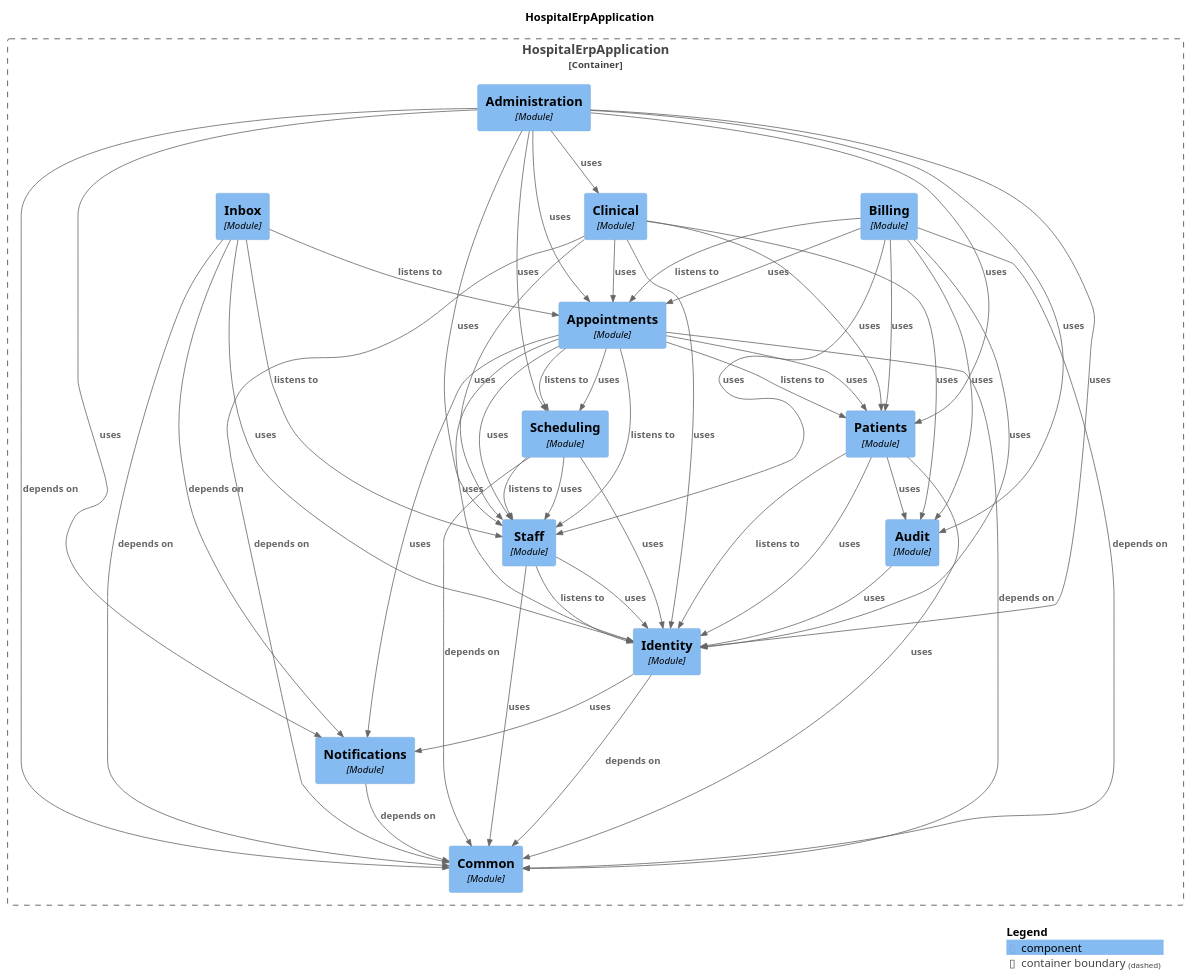
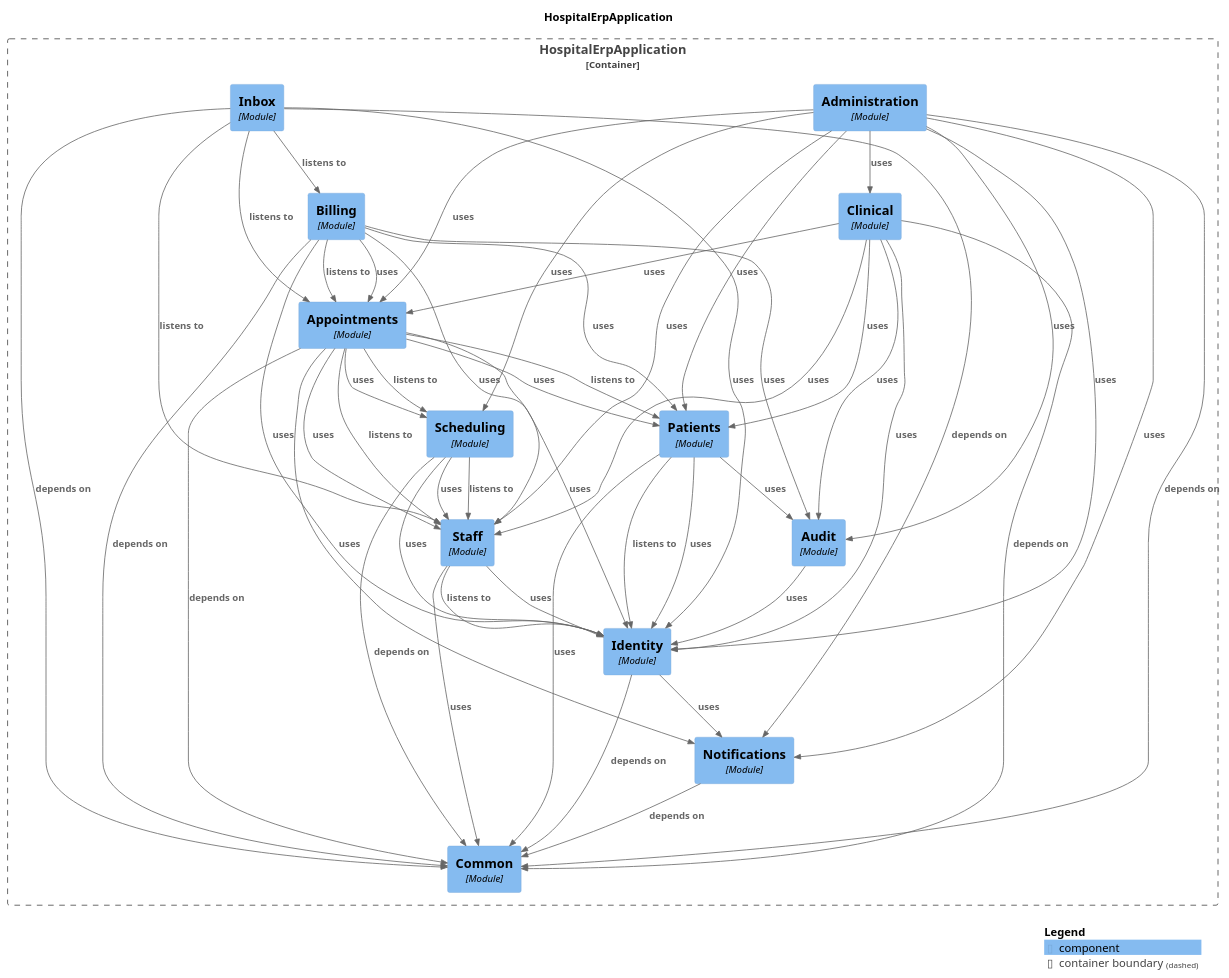
The diagram in docs/modules/components.puml (harshsharma5720/HospitalERP), drawn with PlantUML before and after one commit. The commit also changed 26 other files, not shown here.

```diff
--- a/docs/modules/components.puml
+++ b/docs/modules/components.puml
@@ -12,8 +12,8 @@
   Component(HospitalErpApplication.HospitalErpApplication.Appointments, "Appointments", $techn="Module", $descr="", $tags="", $link="")
   Component(HospitalErpApplication.HospitalErpApplication.Billing, "Billing", $techn="Module", $descr="", $tags="", $link="")
   Component(HospitalErpApplication.HospitalErpApplication.Clinical, "Clinical", $techn="Module", $descr="", $tags="", $link="")
+  Component(HospitalErpApplication.HospitalErpApplication.Administration, "Administration", $techn="Module", $descr="", $tags="", $link="")
   Component(HospitalErpApplication.HospitalErpApplication.Inbox, "Inbox", $techn="Module", $descr="", $tags="", $link="")
-  Component(HospitalErpApplication.HospitalErpApplication.Administration, "Administration", $techn="Module", $descr="", $tags="", $link="")
   Component(HospitalErpApplication.HospitalErpApplication.Common, "Common", $techn="Module", $descr="", $tags="", $link="")
   Component(HospitalErpApplication.HospitalErpApplication.Notifications, "Notifications", $techn="Module", $descr="", $tags="", $link="")
   Component(HospitalErpApplication.HospitalErpApplication.Identity, "Identity", $techn="Module", $descr="", $tags="", $link="")
@@ -23,7 +23,37 @@
   Component(HospitalErpApplication.HospitalErpApplication.Scheduling, "Scheduling", $techn="Module", $descr="", $tags="", $link="")
 }
 
-Rel(HospitalErpApplication.HospitalErpApplication.Patients, HospitalErpApplication.HospitalErpApplication.Audit, "uses", $techn="", $tags="", $link="")
+Rel(HospitalErpApplication.HospitalErpApplication.Clinical, HospitalErpApplication.HospitalErpApplication.Patients, "uses", $techn="", $tags="", $link="")
+Rel(HospitalErpApplication.HospitalErpApplication.Clinical, HospitalErpApplication.HospitalErpApplication.Identity, "uses", $techn="", $tags="", $link="")
+Rel(HospitalErpApplication.HospitalErpApplication.Clinical, HospitalErpApplication.HospitalErpApplication.Audit, "uses", $techn="", $tags="", $link="")
+Rel(HospitalErpApplication.HospitalErpApplication.Notifications, HospitalErpApplication.HospitalErpApplication.Common, "depends on", $techn="", $tags="", $link="")
+Rel(HospitalErpApplication.HospitalErpApplication.Staff, HospitalErpApplication.HospitalErpApplication.Identity, "listens to", $techn="", $tags="", $link="")
+Rel(HospitalErpApplication.HospitalErpApplication.Staff, HospitalErpApplication.HospitalErpApplication.Identity, "uses", $techn="", $tags="", $link="")
+Rel(HospitalErpApplication.HospitalErpApplication.Staff, HospitalErpApplication.HospitalErpApplication.Common, "uses", $techn="", $tags="", $link="")
+Rel(HospitalErpApplication.HospitalErpApplication.Billing, HospitalErpApplication.HospitalErpApplication.Appointments, "listens to", $techn="", $tags="", $link="")
+Rel(HospitalErpApplication.HospitalErpApplication.Billing, HospitalErpApplication.HospitalErpApplication.Common, "depends on", $techn="", $tags="", $link="")
+Rel(HospitalErpApplication.HospitalErpApplication.Billing, HospitalErpApplication.HospitalErpApplication.Identity, "uses", $techn="", $tags="", $link="")
+Rel(HospitalErpApplication.HospitalErpApplication.Billing, HospitalErpApplication.HospitalErpApplication.Patients, "uses", $techn="", $tags="", $link="")
+Rel(HospitalErpApplication.HospitalErpApplication.Billing, HospitalErpApplication.HospitalErpApplication.Appointments, "uses", $techn="", $tags="", $link="")
+Rel(HospitalErpApplication.HospitalErpApplication.Billing, HospitalErpApplication.HospitalErpApplication.Audit, "uses", $techn="", $tags="", $link="")
+Rel(HospitalErpApplication.HospitalErpApplication.Billing, HospitalErpApplication.HospitalErpApplication.Staff, "uses", $techn="", $tags="", $link="")
+Rel(HospitalErpApplication.HospitalErpApplication.Inbox, HospitalErpApplication.HospitalErpApplication.Billing, "listens to", $techn="", $tags="", $link="")
+Rel(HospitalErpApplication.HospitalErpApplication.Inbox, HospitalErpApplication.HospitalErpApplication.Staff, "listens to", $techn="", $tags="", $link="")
+Rel(HospitalErpApplication.HospitalErpApplication.Inbox, HospitalErpApplication.HospitalErpApplication.Appointments, "listens to", $techn="", $tags="", $link="")
+Rel(HospitalErpApplication.HospitalErpApplication.Inbox, HospitalErpApplication.HospitalErpApplication.Common, "depends on", $techn="", $tags="", $link="")
+Rel(HospitalErpApplication.HospitalErpApplication.Inbox, HospitalErpApplication.HospitalErpApplication.Notifications, "depends on", $techn="", $tags="", $link="")
+Rel(HospitalErpApplication.HospitalErpApplication.Inbox, HospitalErpApplication.HospitalErpApplication.Identity, "uses", $techn="", $tags="", $link="")
+Rel(HospitalErpApplication.HospitalErpApplication.Administration, HospitalErpApplication.HospitalErpApplication.Common, "depends on", $techn="", $tags="", $link="")
+Rel(HospitalErpApplication.HospitalErpApplication.Administration, HospitalErpApplication.HospitalErpApplication.Identity, "uses", $techn="", $tags="", $link="")
+Rel(HospitalErpApplication.HospitalErpApplication.Administration, HospitalErpApplication.HospitalErpApplication.Patients, "uses", $techn="", $tags="", $link="")
+Rel(HospitalErpApplication.HospitalErpApplication.Administration, HospitalErpApplication.HospitalErpApplication.Staff, "uses", $techn="", $tags="", $link="")
+Rel(HospitalErpApplication.HospitalErpApplication.Administration, HospitalErpApplication.HospitalErpApplication.Audit, "uses", $techn="", $tags="", $link="")
+Rel(HospitalErpApplication.HospitalErpApplication.Administration, HospitalErpApplication.HospitalErpApplication.Appointments, "uses", $techn="", $tags="", $link="")
+Rel(HospitalErpApplication.HospitalErpApplication.Administration, HospitalErpApplication.HospitalErpApplication.Notifications, "uses", $techn="", $tags="", $link="")
+Rel(HospitalErpApplication.HospitalErpApplication.Administration, HospitalErpApplication.HospitalErpApplication.Clinical, "uses", $techn="", $tags="", $link="")
+Rel(HospitalErpApplication.HospitalErpApplication.Administration, HospitalErpApplication.HospitalErpApplication.Scheduling, "uses", $techn="", $tags="", $link="")
+Rel(HospitalErpApplication.HospitalErpApplication.Identity, HospitalErpApplication.HospitalErpApplication.Common, "depends on", $techn="", $tags="", $link="")
+Rel(HospitalErpApplication.HospitalErpApplication.Identity, HospitalErpApplication.HospitalErpApplication.Notifications, "uses", $techn="", $tags="", $link="")
 Rel(HospitalErpApplication.HospitalErpApplication.Appointments, HospitalErpApplication.HospitalErpApplication.Staff, "listens to", $techn="", $tags="", $link="")
 Rel(HospitalErpApplication.HospitalErpApplication.Appointments, HospitalErpApplication.HospitalErpApplication.Patients, "listens to", $techn="", $tags="", $link="")
 Rel(HospitalErpApplication.HospitalErpApplication.Appointments, HospitalErpApplication.HospitalErpApplication.Scheduling, "listens to", $techn="", $tags="", $link="")
@@ -33,47 +63,18 @@
 Rel(HospitalErpApplication.HospitalErpApplication.Appointments, HospitalErpApplication.HospitalErpApplication.Scheduling, "uses", $techn="", $tags="", $link="")
 Rel(HospitalErpApplication.HospitalErpApplication.Appointments, HospitalErpApplication.HospitalErpApplication.Identity, "uses", $techn="", $tags="", $link="")
 Rel(HospitalErpApplication.HospitalErpApplication.Appointments, HospitalErpApplication.HospitalErpApplication.Notifications, "uses", $techn="", $tags="", $link="")
-Rel(HospitalErpApplication.HospitalErpApplication.Identity, HospitalErpApplication.HospitalErpApplication.Common, "depends on", $techn="", $tags="", $link="")
-Rel(HospitalErpApplication.HospitalErpApplication.Identity, HospitalErpApplication.HospitalErpApplication.Notifications, "uses", $techn="", $tags="", $link="")
+Rel(HospitalErpApplication.HospitalErpApplication.Patients, HospitalErpApplication.HospitalErpApplication.Identity, "listens to", $techn="", $tags="", $link="")
+Rel(HospitalErpApplication.HospitalErpApplication.Patients, HospitalErpApplication.HospitalErpApplication.Identity, "uses", $techn="", $tags="", $link="")
+Rel(HospitalErpApplication.HospitalErpApplication.Patients, HospitalErpApplication.HospitalErpApplication.Common, "uses", $techn="", $tags="", $link="")
+Rel(HospitalErpApplication.HospitalErpApplication.Patients, HospitalErpApplication.HospitalErpApplication.Audit, "uses", $techn="", $tags="", $link="")
 Rel(HospitalErpApplication.HospitalErpApplication.Scheduling, HospitalErpApplication.HospitalErpApplication.Staff, "listens to", $techn="", $tags="", $link="")
 Rel(HospitalErpApplication.HospitalErpApplication.Scheduling, HospitalErpApplication.HospitalErpApplication.Common, "depends on", $techn="", $tags="", $link="")
 Rel(HospitalErpApplication.HospitalErpApplication.Scheduling, HospitalErpApplication.HospitalErpApplication.Staff, "uses", $techn="", $tags="", $link="")
 Rel(HospitalErpApplication.HospitalErpApplication.Scheduling, HospitalErpApplication.HospitalErpApplication.Identity, "uses", $techn="", $tags="", $link="")
-Rel(HospitalErpApplication.HospitalErpApplication.Administration, HospitalErpApplication.HospitalErpApplication.Common, "depends on", $techn="", $tags="", $link="")
-Rel(HospitalErpApplication.HospitalErpApplication.Administration, HospitalErpApplication.HospitalErpApplication.Identity, "uses", $techn="", $tags="", $link="")
-Rel(HospitalErpApplication.HospitalErpApplication.Administration, HospitalErpApplication.HospitalErpApplication.Patients, "uses", $techn="", $tags="", $link="")
-Rel(HospitalErpApplication.HospitalErpApplication.Administration, HospitalErpApplication.HospitalErpApplication.Staff, "uses", $techn="", $tags="", $link="")
-Rel(HospitalErpApplication.HospitalErpApplication.Administration, HospitalErpApplication.HospitalErpApplication.Audit, "uses", $techn="", $tags="", $link="")
-Rel(HospitalErpApplication.HospitalErpApplication.Administration, HospitalErpApplication.HospitalErpApplication.Appointments, "uses", $techn="", $tags="", $link="")
-Rel(HospitalErpApplication.HospitalErpApplication.Administration, HospitalErpApplication.HospitalErpApplication.Notifications, "uses", $techn="", $tags="", $link="")
-Rel(HospitalErpApplication.HospitalErpApplication.Administration, HospitalErpApplication.HospitalErpApplication.Clinical, "uses", $techn="", $tags="", $link="")
-Rel(HospitalErpApplication.HospitalErpApplication.Administration, HospitalErpApplication.HospitalErpApplication.Scheduling, "uses", $techn="", $tags="", $link="")
-Rel(HospitalErpApplication.HospitalErpApplication.Billing, HospitalErpApplication.HospitalErpApplication.Appointments, "listens to", $techn="", $tags="", $link="")
-Rel(HospitalErpApplication.HospitalErpApplication.Billing, HospitalErpApplication.HospitalErpApplication.Common, "depends on", $techn="", $tags="", $link="")
-Rel(HospitalErpApplication.HospitalErpApplication.Billing, HospitalErpApplication.HospitalErpApplication.Identity, "uses", $techn="", $tags="", $link="")
-Rel(HospitalErpApplication.HospitalErpApplication.Billing, HospitalErpApplication.HospitalErpApplication.Appointments, "uses", $techn="", $tags="", $link="")
-Rel(HospitalErpApplication.HospitalErpApplication.Billing, HospitalErpApplication.HospitalErpApplication.Audit, "uses", $techn="", $tags="", $link="")
-Rel(HospitalErpApplication.HospitalErpApplication.Billing, HospitalErpApplication.HospitalErpApplication.Staff, "uses", $techn="", $tags="", $link="")
-Rel(HospitalErpApplication.HospitalErpApplication.Billing, HospitalErpApplication.HospitalErpApplication.Patients, "uses", $techn="", $tags="", $link="")
-Rel(HospitalErpApplication.HospitalErpApplication.Notifications, HospitalErpApplication.HospitalErpApplication.Common, "depends on", $techn="", $tags="", $link="")
+Rel(HospitalErpApplication.HospitalErpApplication.Audit, HospitalErpApplication.HospitalErpApplication.Identity, "uses", $techn="", $tags="", $link="")
 Rel(HospitalErpApplication.HospitalErpApplication.Clinical, HospitalErpApplication.HospitalErpApplication.Common, "depends on", $techn="", $tags="", $link="")
 Rel(HospitalErpApplication.HospitalErpApplication.Clinical, HospitalErpApplication.HospitalErpApplication.Appointments, "uses", $techn="", $tags="", $link="")
 Rel(HospitalErpApplication.HospitalErpApplication.Clinical, HospitalErpApplication.HospitalErpApplication.Staff, "uses", $techn="", $tags="", $link="")
-Rel(HospitalErpApplication.HospitalErpApplication.Clinical, HospitalErpApplication.HospitalErpApplication.Patients, "uses", $techn="", $tags="", $link="")
-Rel(HospitalErpApplication.HospitalErpApplication.Clinical, HospitalErpApplication.HospitalErpApplication.Identity, "uses", $techn="", $tags="", $link="")
-Rel(HospitalErpApplication.HospitalErpApplication.Clinical, HospitalErpApplication.HospitalErpApplication.Audit, "uses", $techn="", $tags="", $link="")
-Rel(HospitalErpApplication.HospitalErpApplication.Inbox, HospitalErpApplication.HospitalErpApplication.Staff, "listens to", $techn="", $tags="", $link="")
-Rel(HospitalErpApplication.HospitalErpApplication.Inbox, HospitalErpApplication.HospitalErpApplication.Appointments, "listens to", $techn="", $tags="", $link="")
-Rel(HospitalErpApplication.HospitalErpApplication.Inbox, HospitalErpApplication.HospitalErpApplication.Common, "depends on", $techn="", $tags="", $link="")
-Rel(HospitalErpApplication.HospitalErpApplication.Inbox, HospitalErpApplication.HospitalErpApplication.Notifications, "depends on", $techn="", $tags="", $link="")
-Rel(HospitalErpApplication.HospitalErpApplication.Inbox, HospitalErpApplication.HospitalErpApplication.Identity, "uses", $techn="", $tags="", $link="")
-Rel(HospitalErpApplication.HospitalErpApplication.Audit, HospitalErpApplication.HospitalErpApplication.Identity, "uses", $techn="", $tags="", $link="")
-Rel(HospitalErpApplication.HospitalErpApplication.Staff, HospitalErpApplication.HospitalErpApplication.Identity, "listens to", $techn="", $tags="", $link="")
-Rel(HospitalErpApplication.HospitalErpApplication.Staff, HospitalErpApplication.HospitalErpApplication.Identity, "uses", $techn="", $tags="", $link="")
-Rel(HospitalErpApplication.HospitalErpApplication.Staff, HospitalErpApplication.HospitalErpApplication.Common, "uses", $techn="", $tags="", $link="")
-Rel(HospitalErpApplication.HospitalErpApplication.Patients, HospitalErpApplication.HospitalErpApplication.Identity, "listens to", $techn="", $tags="", $link="")
-Rel(HospitalErpApplication.HospitalErpApplication.Patients, HospitalErpApplication.HospitalErpApplication.Identity, "uses", $techn="", $tags="", $link="")
-Rel(HospitalErpApplication.HospitalErpApplication.Patients, HospitalErpApplication.HospitalErpApplication.Common, "uses", $techn="", $tags="", $link="")
 
 SHOW_LEGEND(true)
 @enduml
```
